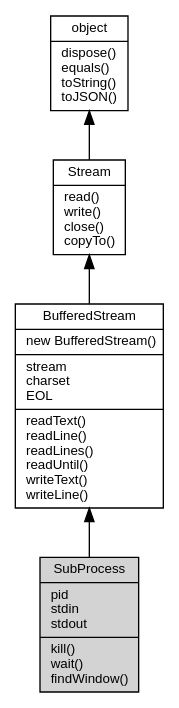
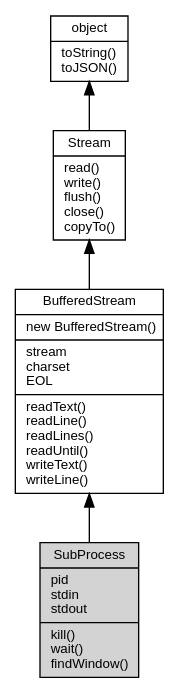
One commit to asionius/fibjs-ceph changed the diagram in docs/object/ifs/SubProcess.md. Above: the diagram before and after it, drawn with Graphviz. The commit also changed other lines of this file and 138 other files, not shown here.

````diff
--- a/docs/object/ifs/SubProcess.md
+++ b/docs/object/ifs/SubProcess.md
@@ -10,14 +10,14 @@
 ```dot
 digraph {
     node [fontname="Helvetica,sans-Serif", fontsize=10, shape="record", style="filled", fillcolor="white"];
 
-    object [tooltip="object", URL="object.md", label="{object|dispose()\lequals()\ltoString()\ltoJSON()\l}"];
-    Stream [tooltip="Stream", URL="Stream.md", label="{Stream|read()\lwrite()\lclose()\lcopyTo()\l}"];
+    object [tooltip="object", URL="object.md", label="{object|toString()\ltoJSON()\l}"];
+    Stream [tooltip="Stream", URL="Stream.md", label="{Stream|read()\lwrite()\lflush()\lclose()\lcopyTo()\l}"];
     BufferedStream [tooltip="BufferedStream", URL="BufferedStream.md", label="{BufferedStream|new BufferedStream()\l|stream\lcharset\lEOL\l|readText()\lreadLine()\lreadLines()\lreadUntil()\lwriteText()\lwriteLine()\l}"];
-    SubProcess [tooltip="SubProcess", fillcolor="lightgray", label="{SubProcess|pid\lstdin\lstdout\l|kill()\lwait()\lfindWindow()\l}"];
+    SubProcess [tooltip="SubProcess", fillcolor="lightgray", id="me", label="{SubProcess|pid\lstdin\lstdout\l|kill()\lwait()\lfindWindow()\l}"];
 
     object -> Stream [dir=back];
     Stream -> BufferedStream [dir=back];
     BufferedStream -> SubProcess [dir=back];
 }
 ```
````
